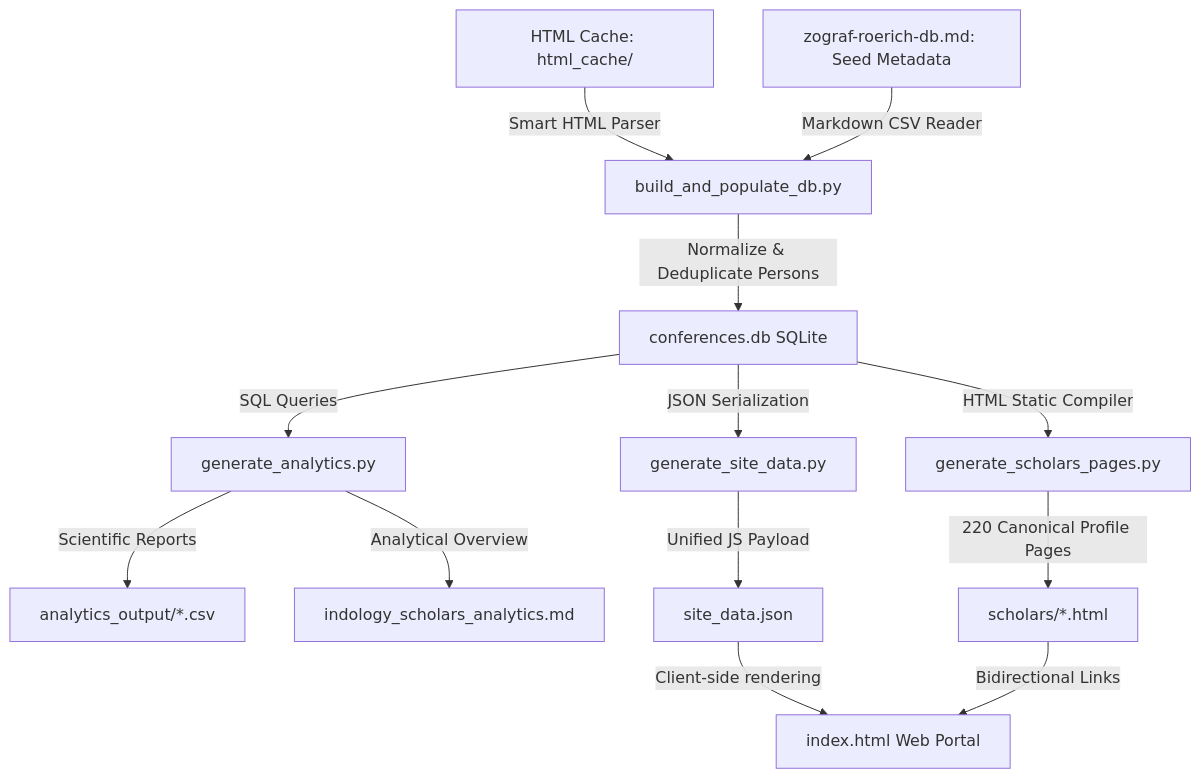
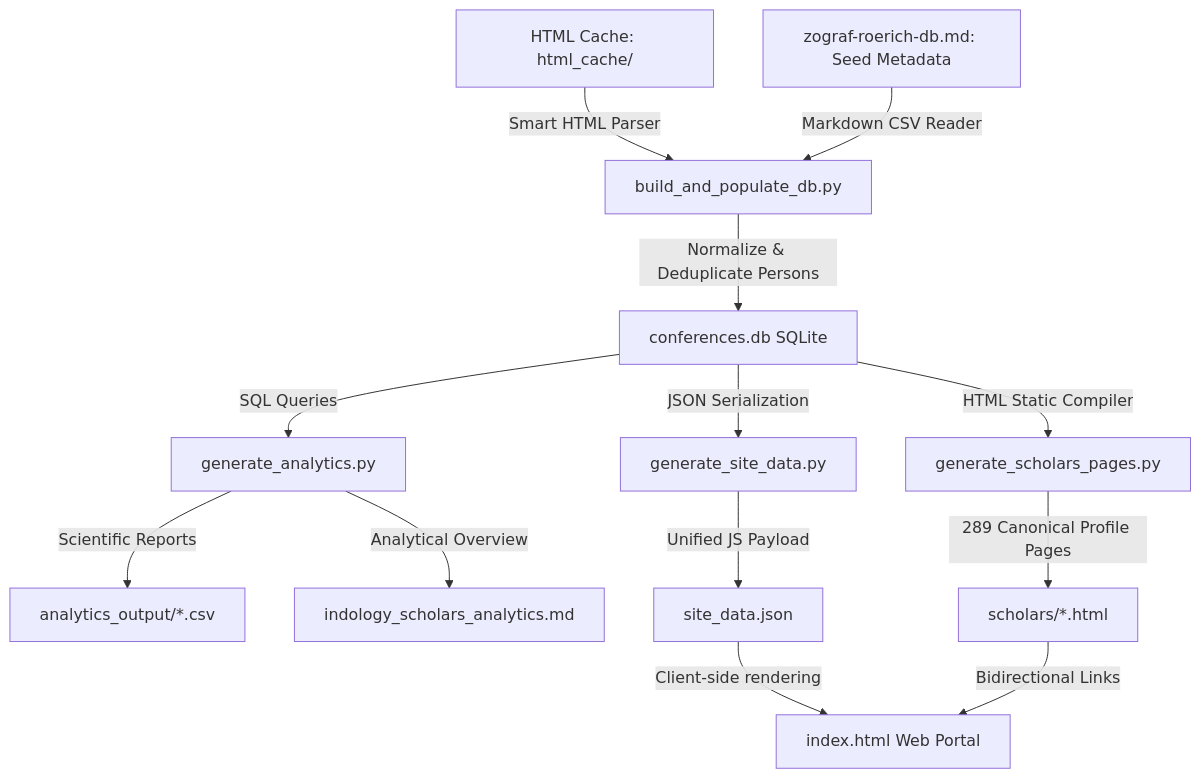
The first of 2 diagrams in README.md (gasyoun/IndologyScholars), drawn with Mermaid before and after one commit. The commit also changed other lines of this file and 605 other files, not shown here.

````diff
--- a/README.md
+++ b/README.md
@@ -14,15 +14,15 @@
 ```mermaid
 graph TD
     A[HTML Cache: html_cache/] -->|Smart HTML Parser| B[build_and_populate_db.py]
     C[zograf-roerich-db.md: Seed Metadata] -->|Markdown CSV Reader| B
     B -->|Normalize & Deduplicate Persons| D[conferences.db SQLite]
     D -->|SQL Queries| E[generate_analytics.py]
     D -->|JSON Serialization| F[generate_site_data.py]
     D -->|HTML Static Compiler| K[generate_scholars_pages.py]
     E -->|Scientific Reports| G[analytics_output/*.csv]
     E -->|Analytical Overview| H[indology_scholars_analytics.md]
     F -->|Unified JS Payload| I[site_data.json]
     I -->|Client-side rendering| J[index.html Web Portal]
-    K -->|220 Canonical Profile Pages| L[scholars/*.html]
+    K -->|289 Canonical Profile Pages| L[scholars/*.html]
     L -->|Bidirectional Links| J
 ```
````
